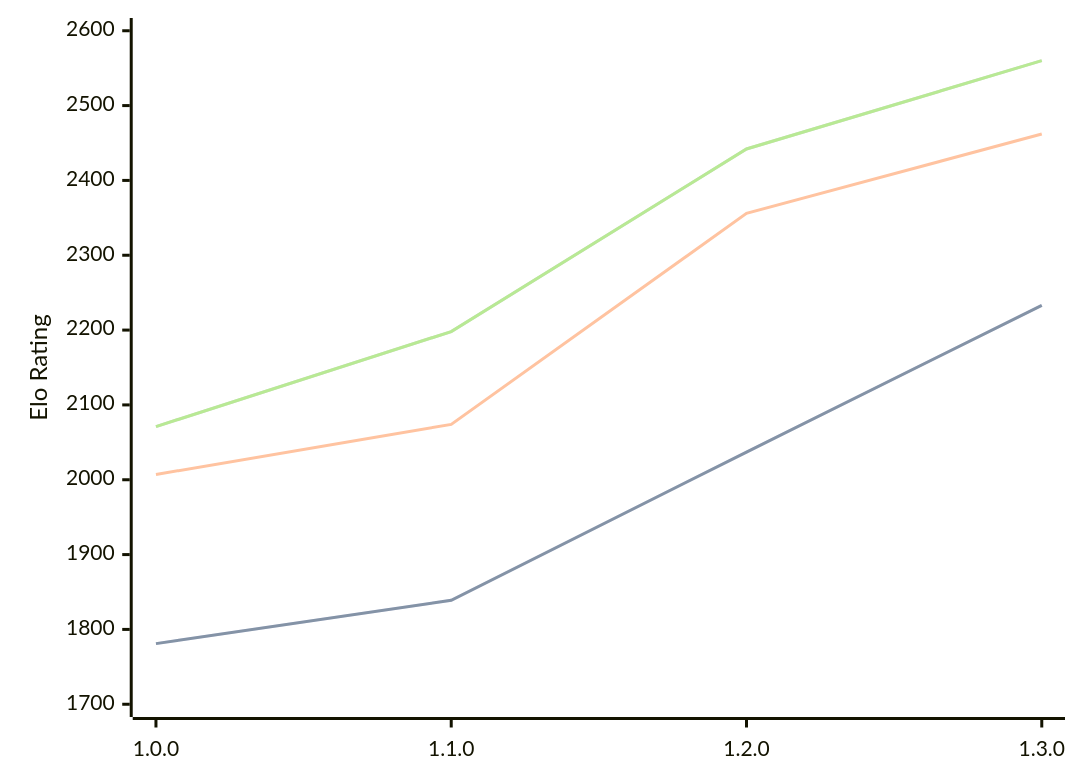
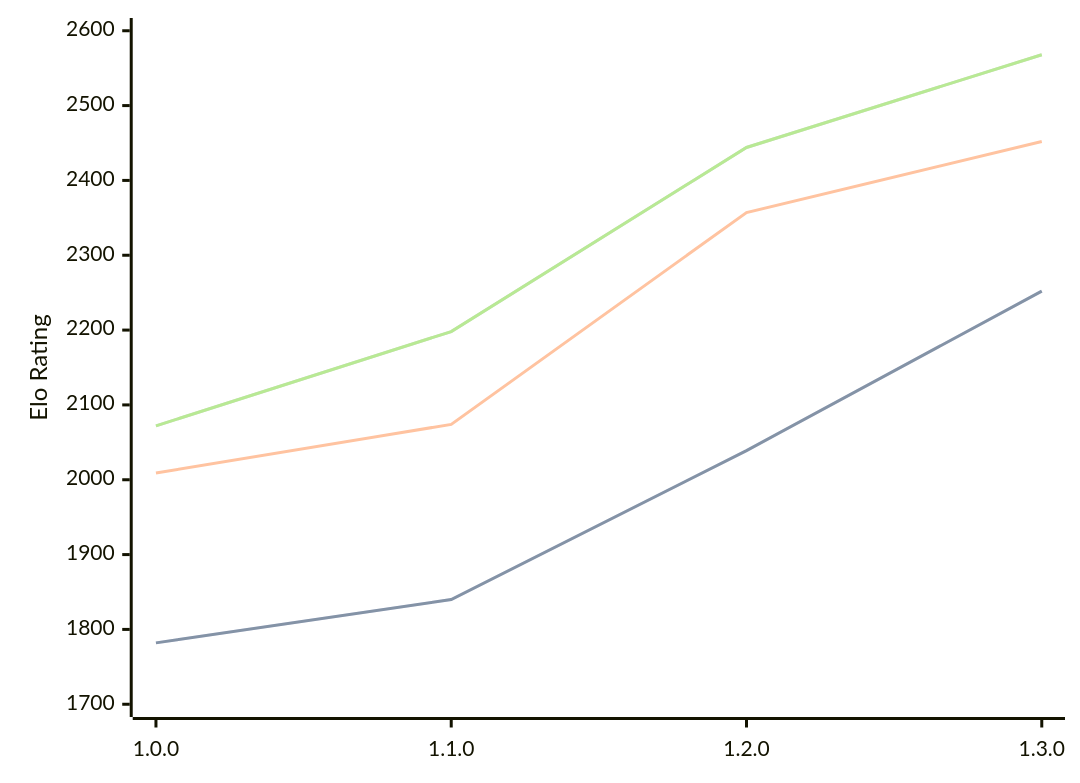
The diagram in engines/Anodos.md (computer-chess-index/cci), drawn with Mermaid before and after one commit. The commit also changed other lines of this file, not shown here.

Commit message:
Update CCI Ratings (ELO VLTC) - 2026-02-20

````diff
--- a/engines/Anodos.md
+++ b/engines/Anodos.md
@@ -42,11 +42,11 @@
 ```mermaid
 %%{init: {"theme":"base","themeVariables":{"seriesColors:['#a3a3a3','#222221','#faa371']}}}%%
 xychart-beta
   x-axis ["1.0.0", "1.1.0", "1.2.0", "1.3.0"]
   y-axis "Elo Rating" 1700 --> 2600
-  line "STC (8.0+0.08s)" [1781, 1839, 2037, 2233]
-  line "STC (8.0+0.08s)" [1781, 1839, 2037, 2233]
-  line "LTC (60.0+0.60s)" [2007, 2074, 2356, 2462]
-  line "VLTC (2m24s+1.12s)" [2071, 2198, 2442, 2560]
-  line "VLTC (2m24s+1.12s)" [2071, 2198, 2442, 2560]
+  line "STC (8.0+0.08s)" [1782, 1840, 2039, 2252]
+  line "STC (8.0+0.08s)" [1782, 1840, 2039, 2252]
+  line "LTC (60.0+0.60s)" [2009, 2074, 2357, 2452]
+  line "VLTC (2m24s+1.12s)" [2072, 2198, 2444, 2568]
+  line "VLTC (2m24s+1.12s)" [2072, 2198, 2444, 2568]
 ```
````
